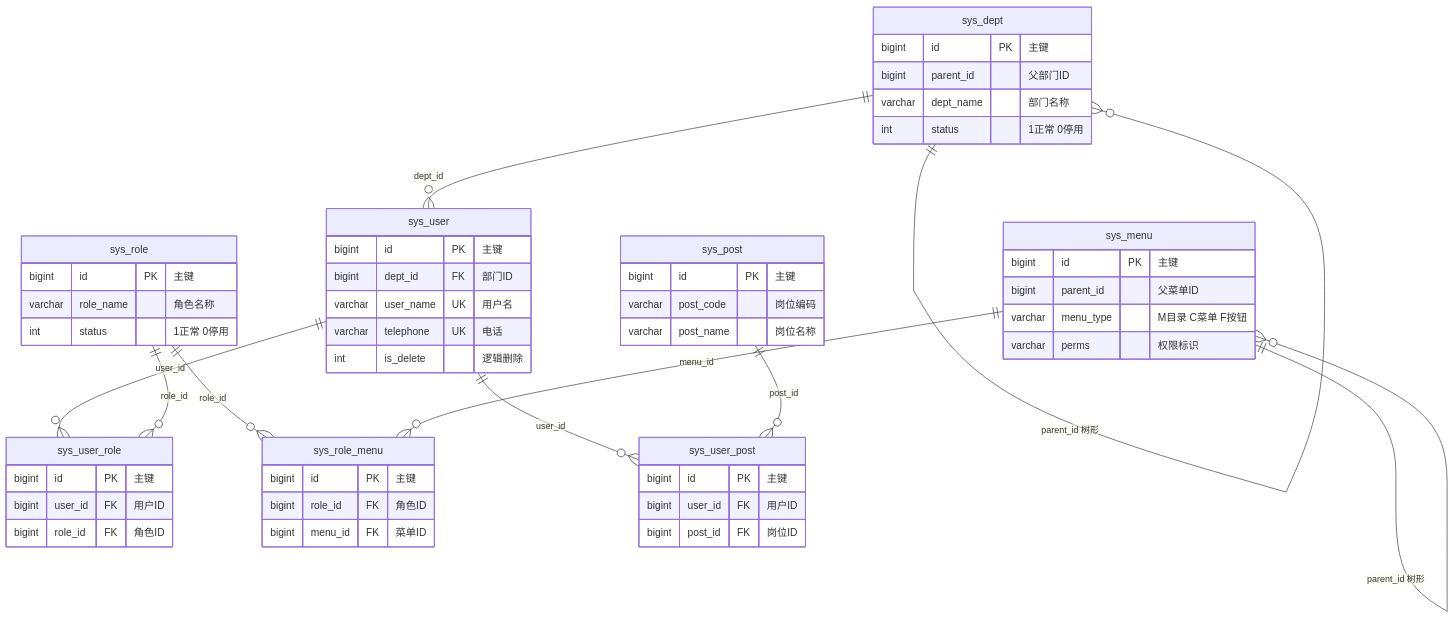
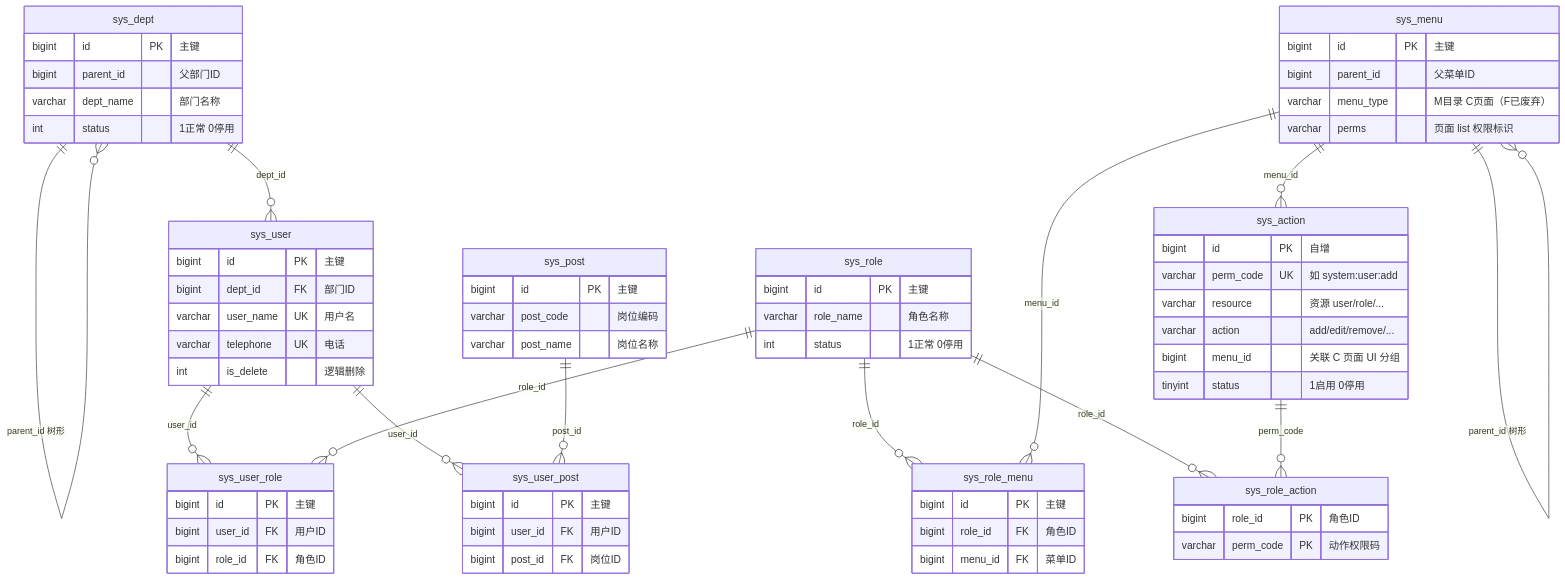
One commit to wujinsen/moli-project-single changed the third of 6 diagrams in docs/database-schema-diagram.md. Above: the diagram before and after it, drawn with Mermaid. The commit also changed other lines of this file and 21 other files, not shown here.

````diff
--- a/docs/database-schema-diagram.md
+++ b/docs/database-schema-diagram.md
@@ -118,64 +124,81 @@
 ```mermaid
 erDiagram
     sys_dept {
         bigint id PK "主键"
         bigint parent_id "父部门ID"
         varchar dept_name "部门名称"
         int status "1正常 0停用"
     }
 
     sys_user {
         bigint id PK "主键"
         bigint dept_id FK "部门ID"
         varchar user_name UK "用户名"
         varchar telephone UK "电话"
         int is_delete "逻辑删除"
     }
 
     sys_role {
         bigint id PK "主键"
         varchar role_name "角色名称"
         int status "1正常 0停用"
     }
 
     sys_menu {
         bigint id PK "主键"
         bigint parent_id "父菜单ID"
-        varchar menu_type "M目录 C菜单 F按钮"
-        varchar perms "权限标识"
+        varchar menu_type "M目录 C页面（F已废弃）"
+        varchar perms "页面 list 权限标识"
+    }
+
+    sys_action {
+        bigint id PK "自增"
+        varchar perm_code UK "如 system:user:add"
+        varchar resource "资源 user/role/..."
+        varchar action "add/edit/remove/..."
+        bigint menu_id "关联 C 页面 UI 分组"
+        tinyint status "1启用 0停用"
+    }
+
+    sys_role_action {
+        bigint role_id PK "角色ID"
+        varchar perm_code PK "动作权限码"
     }
 
     sys_post {
         bigint id PK "主键"
         varchar post_code "岗位编码"
         varchar post_name "岗位名称"
     }
 
     sys_user_role {
         bigint id PK "主键"
         bigint user_id FK "用户ID"
         bigint role_id FK "角色ID"
     }
 
     sys_role_menu {
         bigint id PK "主键"
         bigint role_id FK "角色ID"
         bigint menu_id FK "菜单ID"
     }
 
     sys_user_post {
         bigint id PK "主键"
         bigint user_id FK "用户ID"
         bigint post_id FK "岗位ID"
     }
 
     sys_dept ||--o{ sys_dept : "parent_id 树形"
     sys_dept ||--o{ sys_user : "dept_id"
     sys_user ||--o{ sys_user_role : "user_id"
     sys_role ||--o{ sys_user_role : "role_id"
     sys_role ||--o{ sys_role_menu : "role_id"
     sys_menu ||--o{ sys_role_menu : "menu_id"
+    sys_role ||--o{ sys_role_action : "role_id"
+    sys_action ||--o{ sys_role_action : "perm_code"
+    sys_menu ||--o{ sys_action : "menu_id"
     sys_menu ||--o{ sys_menu : "parent_id 树形"
     sys_user ||--o{ sys_user_post : "user_id"
     sys_post ||--o{ sys_user_post : "post_id"
 ```
````
